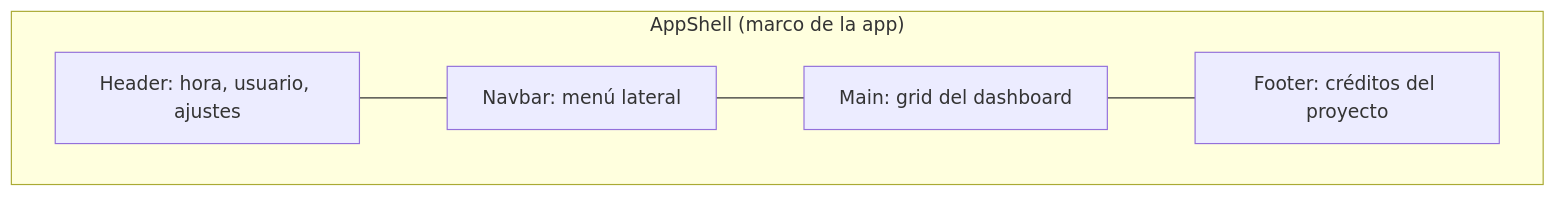
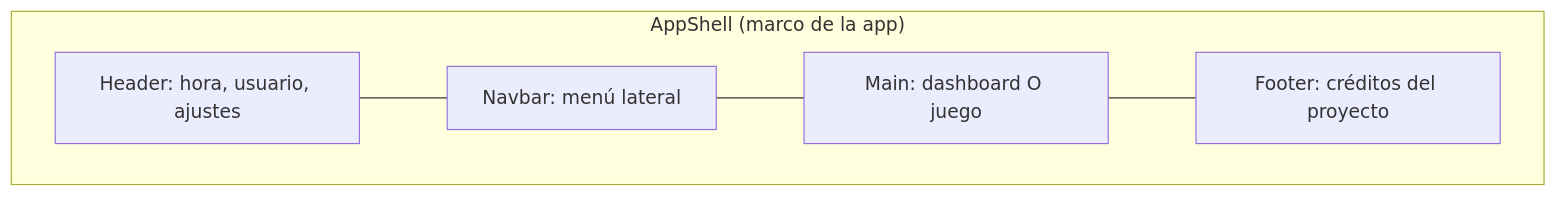
One commit to jjmirandaa86/uefn-frontend changed the third of 8 diagrams in README.md. Above: the diagram before and after it, drawn with Mermaid. The commit also changed other lines of this file and 4 other files, not shown here.

````diff
--- a/README.md
+++ b/README.md
@@ -95,12 +160,12 @@
 ```mermaid
 flowchart TB
   subgraph Shell["AppShell (marco de la app)"]
     H[Header: hora, usuario, ajustes]
     N[Navbar: menú lateral]
-    M[Main: grid del dashboard]
+    M[Main: dashboard O juego]
     F[Footer: créditos del proyecto]
   end
   H --- N
   N --- M
   M --- F
 ```
````
